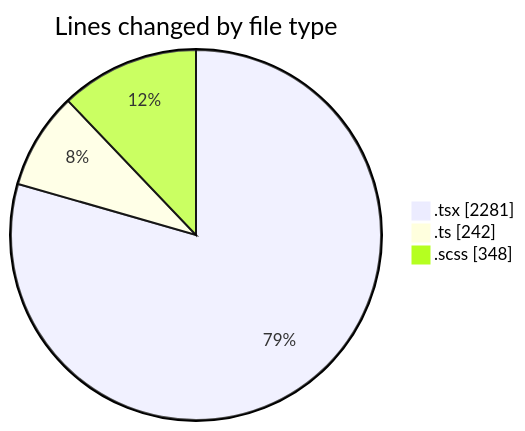
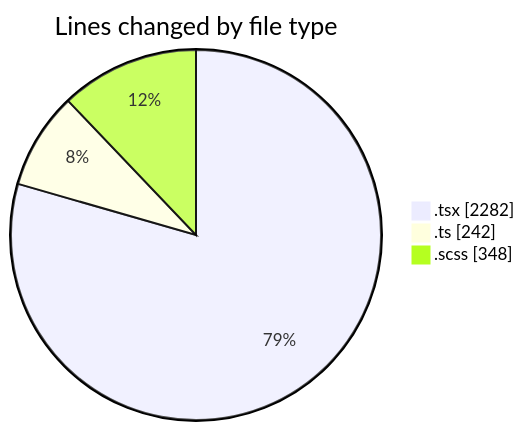
Before and after one commit to momahboobian/code-tracking: the first of 2 diagrams in 2025-09-15/cda/README.md, drawn with Mermaid. The commit also changed other lines of this file and 1 other file, not shown here.

````diff
--- a/2025-09-15/cda/README.md
+++ b/2025-09-15/cda/README.md
@@ -25,7 +25,7 @@
 ```mermaid
 pie showData
 title Lines changed by file type
-".tsx" : 2281
+".tsx" : 2282
 ".ts" : 242
 ".scss" : 348
 ```
````
